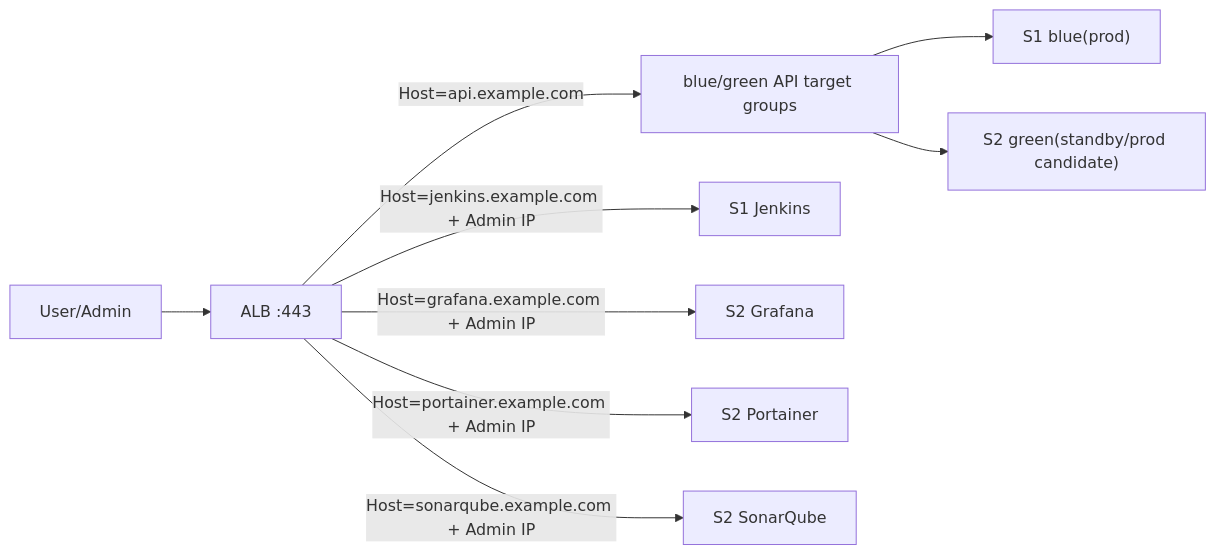
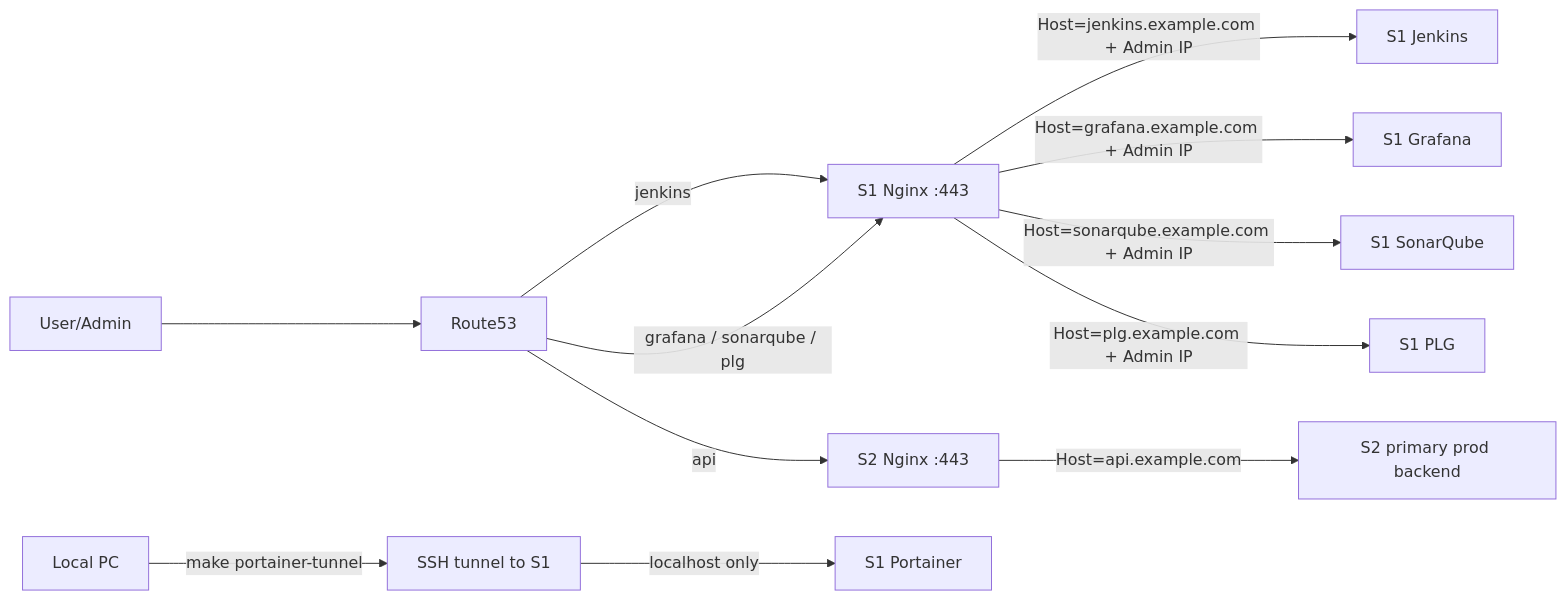
The second of 2 diagrams in Docs/인프라/2026-04-20_AWS_인프라_설계안.md (busaneumgil/busaneumgil), drawn with Mermaid before and after one commit. The commit also changed other lines of this file and 6 other files, not shown here.

````diff
--- a/Docs/인프라/2026-04-20_AWS_인프라_설계안.md
+++ b/Docs/인프라/2026-04-20_AWS_인프라_설계안.md
@@ -305,13 +346,16 @@
 ```mermaid
 flowchart LR
-    U["User/Admin"] --> ALB["ALB :443"]
+    U["User/Admin"] --> DNS["Route53"]
 
-    ALB -->|"Host=api.example.com"| API["blue/green API target groups"]
-    ALB -->|"Host=jenkins.example.com + Admin IP"| JENKINS["S1 Jenkins"]
-    ALB -->|"Host=grafana.example.com + Admin IP"| GRAFANA["S2 Grafana"]
-    ALB -->|"Host=portainer.example.com + Admin IP"| PORTAINER["S2 Portainer"]
-    ALB -->|"Host=sonarqube.example.com + Admin IP"| SONAR["S2 SonarQube"]
+    DNS -->|"jenkins"| S1N["S1 Nginx :443"]
+    DNS -->|"api"| S2N["S2 Nginx :443"]
+    DNS -->|"grafana / sonarqube / plg"| S1N["S1 Nginx :443"]
+    LOCAL["Local PC"] -->|"make portainer-tunnel"| SSH["SSH tunnel to S1"]
 
-    API --> S1["S1 blue(prod)"]
-    API --> S2["S2 green(standby/prod candidate)"]
+    S1N -->|"Host=jenkins.example.com + Admin IP"| JENKINS["S1 Jenkins"]
+    S1N -->|"Host=grafana.example.com + Admin IP"| GRAFANA["S1 Grafana"]
+    SSH -->|"localhost only"| PORTAINER["S1 Portainer"]
+    S1N -->|"Host=sonarqube.example.com + Admin IP"| SONAR["S1 SonarQube"]
+    S1N -->|"Host=plg.example.com + Admin IP"| PLG["S1 PLG"]
+    S2N -->|"Host=api.example.com"| API["S2 primary prod backend"]
 ```
````
